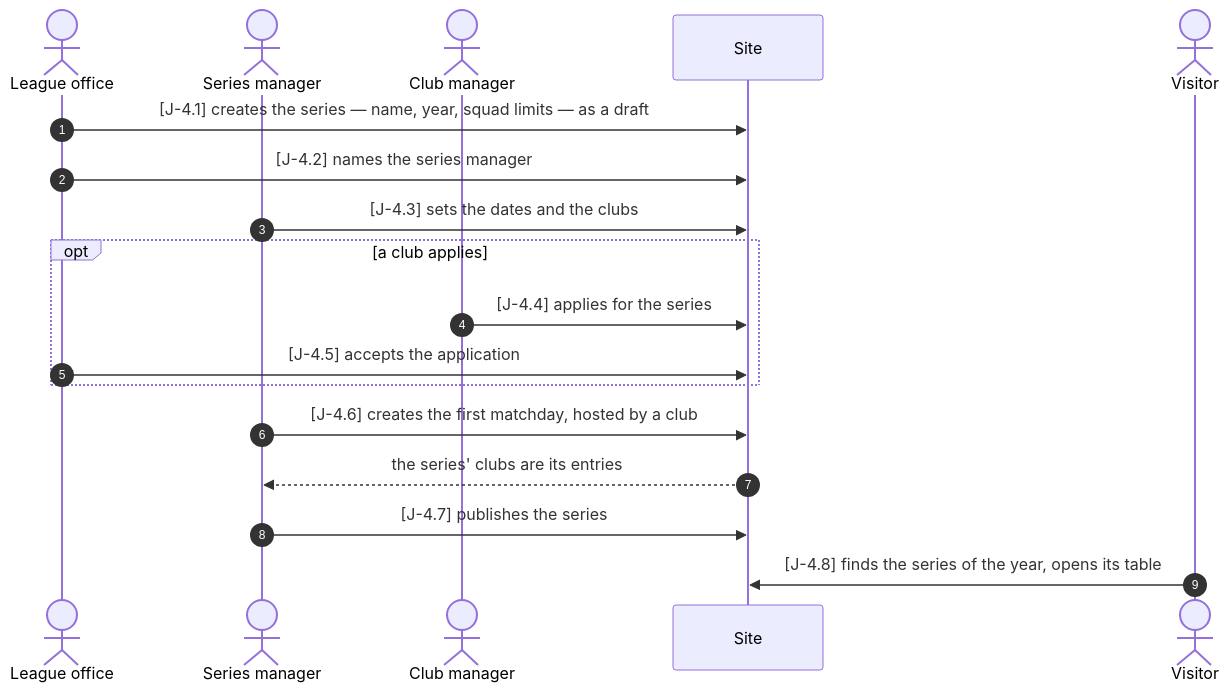
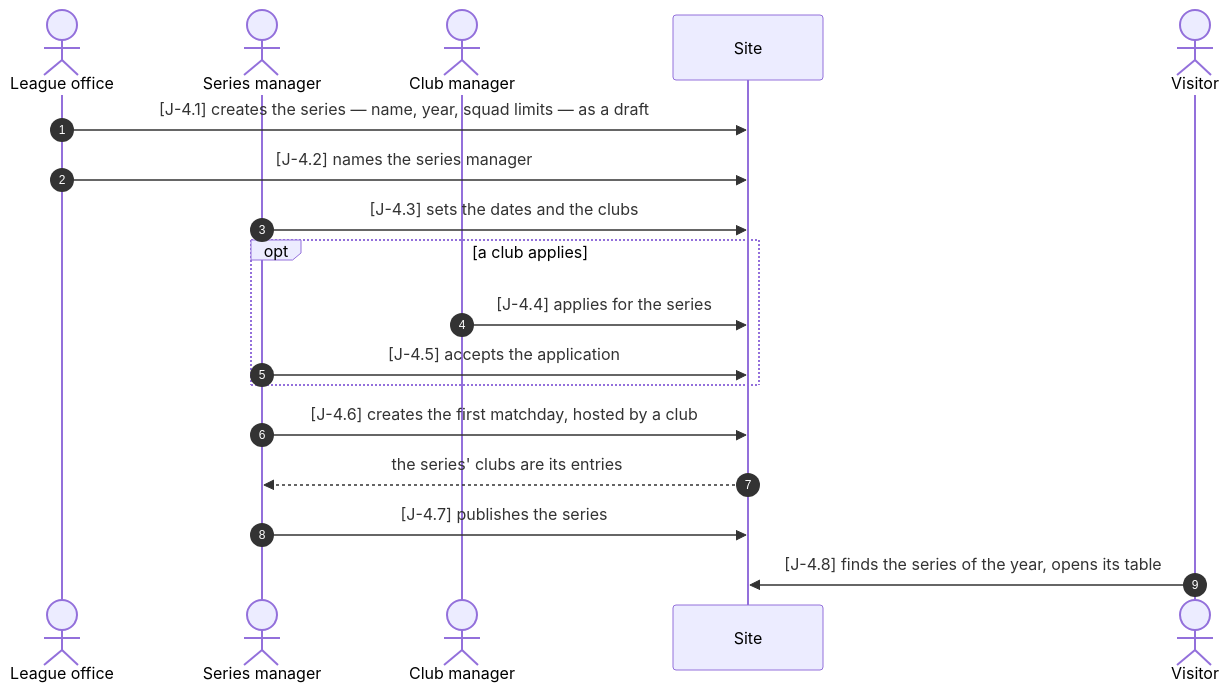
The diagram in docs/journeys/series.md (gundramleifert/segel-bundesliga), drawn with Mermaid before and after one commit. The commit also changed other lines of this file and 8 other files, not shown here.

````diff
--- a/docs/journeys/series.md
+++ b/docs/journeys/series.md
@@ -13,21 +13,21 @@
 ```mermaid
 sequenceDiagram
   autonumber
   actor A as League office
   actor SM as Series manager
   actor CM as Club manager
   participant P as Site
   actor V as Visitor
 
   A->>P: [J-4.1] creates the series — name, year, squad limits — as a draft
   A->>P: [J-4.2] names the series manager
   SM->>P: [J-4.3] sets the dates and the clubs
   opt a club applies
     CM->>P: [J-4.4] applies for the series
-    A->>P: [J-4.5] accepts the application
+    SM->>P: [J-4.5] accepts the application
   end
   SM->>P: [J-4.6] creates the first matchday, hosted by a club
   P-->>SM: the series' clubs are its entries
   SM->>P: [J-4.7] publishes the series
   V->>P: [J-4.8] finds the series of the year, opens its table
 ```
````
